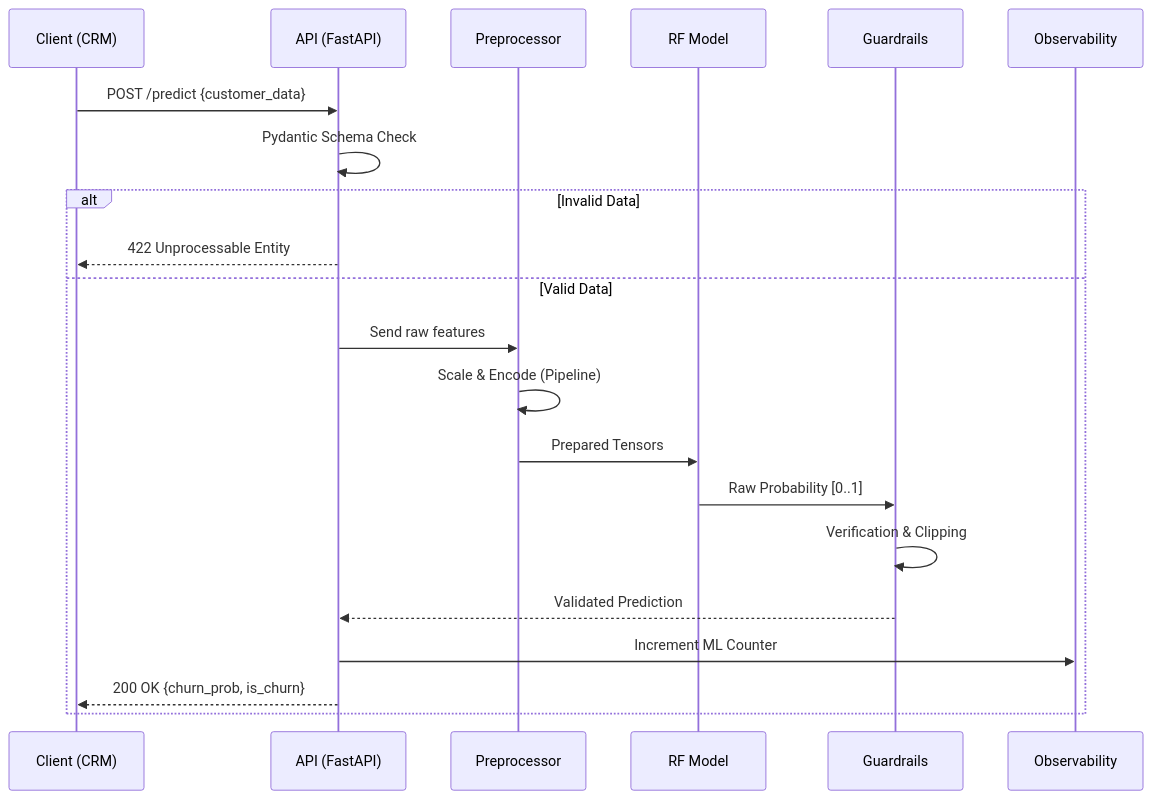
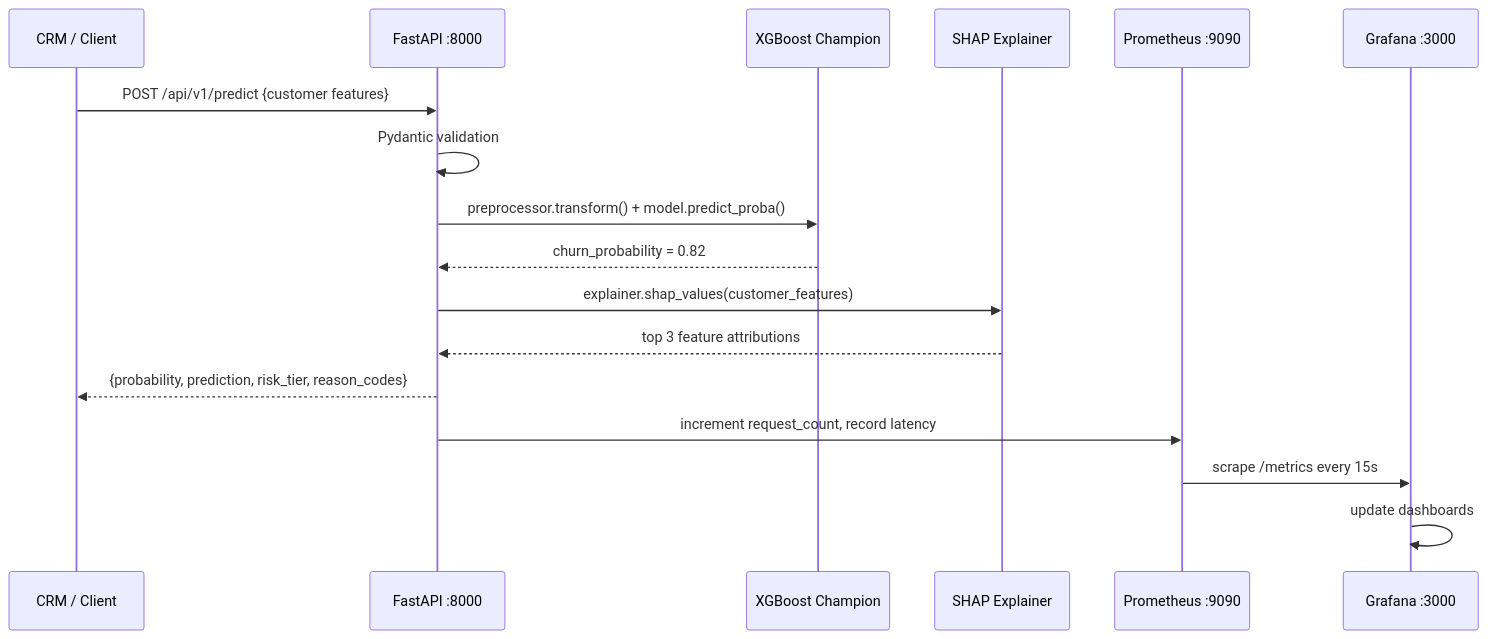
One commit to bachnhan/msa24-ddm501-group6-final-project changed the second of 2 diagrams in ARCHITECTURE.md. Above: the diagram before and after it, drawn with Mermaid. The commit also changed other lines of this file and 4 other files, not shown here.

Commit message:
docs: Add Trang contributions - Architecture, README, docs folder

````diff
--- a/ARCHITECTURE.md
+++ b/ARCHITECTURE.md
@@ -59,24 +201,20 @@
 ```mermaid
 sequenceDiagram
-    participant C as Client (CRM)
-    participant A as API (FastAPI)
-    participant P as Preprocessor
-    participant M as RF Model
-    participant G as Guardrails
-    participant O as Observability
+    participant Client as CRM / Client
+    participant API as FastAPI :8000
+    participant Model as XGBoost Champion
+    participant SHAP as SHAP Explainer
+    participant Prom as Prometheus :9090
+    participant Graf as Grafana :3000
 
-    C->>A: POST /predict {customer_data}
-    A->>A: Pydantic Schema Check
-    alt Invalid Data
-        A-->>C: 422 Unprocessable Entity
-    else Valid Data
-        A->>P: Send raw features
-        P->>P: Scale & Encode (Pipeline)
-        P->>M: Prepared Tensors
-        M->>G: Raw Probability [0..1]
-        G->>G: Verification & Clipping
-        G-->>A: Validated Prediction
-        A->>O: Increment ML Counter
-        A-->>C: 200 OK {churn_prob, is_churn}
-    end
+    Client->>API: POST /api/v1/predict {customer features}
+    API->>API: Pydantic validation
+    API->>Model: preprocessor.transform() + model.predict_proba()
+    Model-->>API: churn_probability = 0.82
+    API->>SHAP: explainer.shap_values(customer_features)
+    SHAP-->>API: top 3 feature attributions
+    API-->>Client: {probability, prediction, risk_tier, reason_codes}
+    API->>Prom: increment request_count, record latency
+    Prom->>Graf: scrape /metrics every 15s
+    Graf->>Graf: update dashboards
 ```
````
